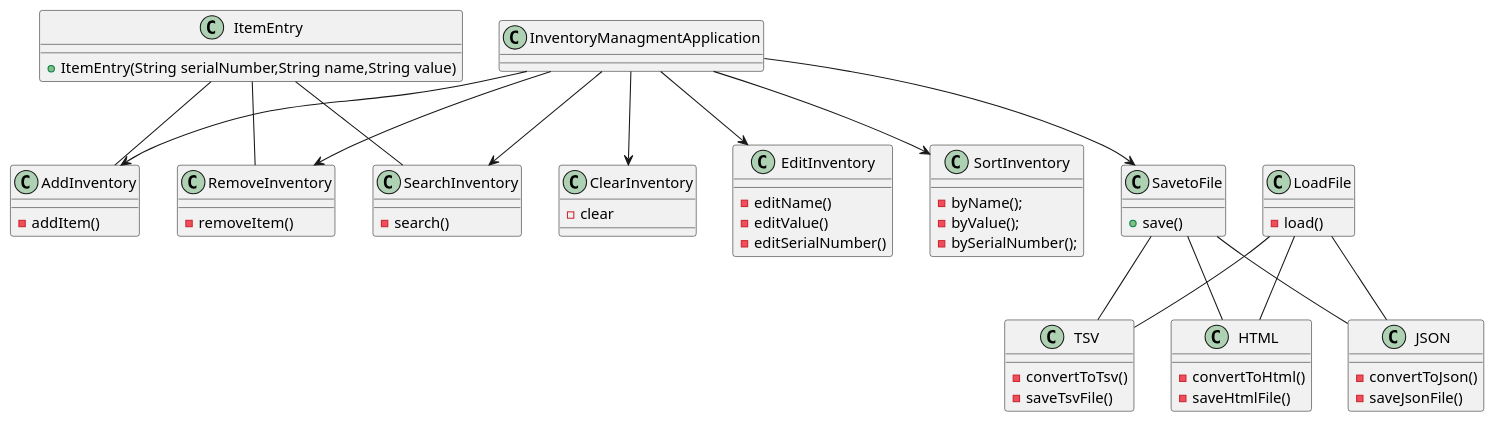
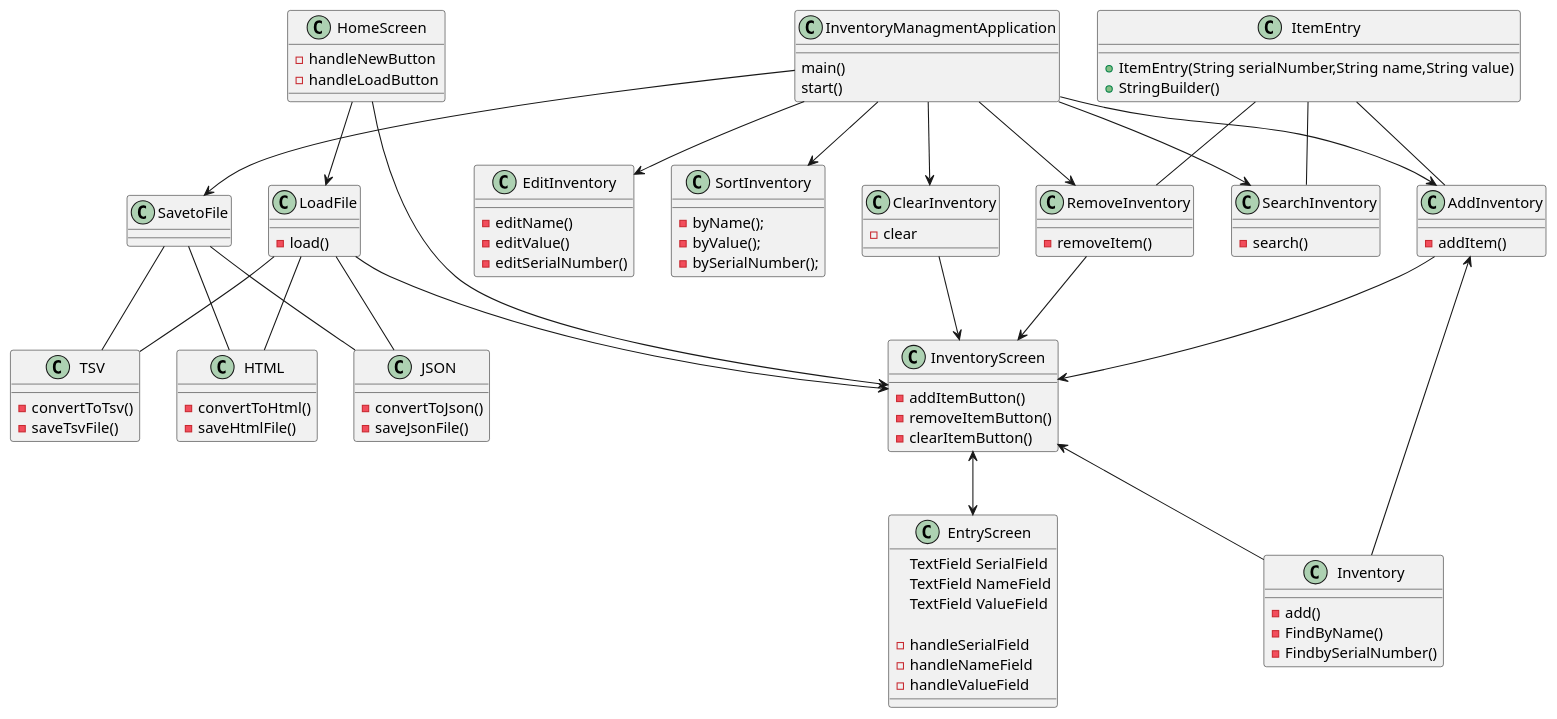
One commit to J-Caques/caques-app2 changed the diagram in InventoryManagementApplication/docs/InventoryManagementApplication.puml. Above: the diagram before and after it, drawn with PlantUML. The commit also changed 28 other files, not shown here.

```diff
--- a/InventoryManagementApplication/docs/InventoryManagementApplication.puml
+++ b/InventoryManagementApplication/docs/InventoryManagementApplication.puml
@@ -1,77 +1,115 @@
 @startuml
 'https://plantuml.com/class-diagram
-class InventoryManagmentApplication{}
+class InventoryManagmentApplication{
+    main()
+    start()
+}
 
 class ItemEntry{
       +ItemEntry(String serialNumber,String name,String value)
+      +StringBuilder()
+}
+
+class Inventory{
+      -add()
+      -FindByName()
+      -FindbySerialNumber()
 }
 
 class AddInventory{
     -addItem()
 }
 
 class RemoveInventory{
-
     -removeItem()
 }
 
 class ClearInventory{
     -clear
 }
 
 class EditInventory{
     -editName()
     -editValue()
     -editSerialNumber()
 }
 
 class SortInventory{
     -byName();
     -byValue();
     -bySerialNumber();
 }
 
 class SearchInventory{
     -search()
 }
 
-class SavetoFile{
-    +save()
-}
-
 class TSV{
     -convertToTsv()
     -saveTsvFile()
 }
 
 class HTML{
     -convertToHtml()
     -saveHtmlFile()
 }
 
 class JSON{
     -convertToJson()
     -saveJsonFile()
 }
 
 class LoadFile{
     -load()
 }
 
+class HomeScreen{
+    -handleNewButton
+    -handleLoadButton
+}
+
+class InventoryScreen{
+ -addItemButton()
+ -removeItemButton()
+ -clearItemButton()
+}
+
+class EntryScreen{
+    TextField SerialField
+    TextField NameField
+    TextField ValueField
+
+    -handleSerialField
+    -handleNameField
+    -handleValueField
+}
+
 InventoryManagmentApplication --> AddInventory
 InventoryManagmentApplication --> RemoveInventory
 InventoryManagmentApplication --> ClearInventory
 InventoryManagmentApplication --> EditInventory
 InventoryManagmentApplication --> SortInventory
 InventoryManagmentApplication --> SearchInventory
 InventoryManagmentApplication --> SavetoFile
+Inventory --> AddInventory
 SavetoFile -- TSV
 SavetoFile -- HTML
 SavetoFile -- JSON
 LoadFile -- TSV
 LoadFile -- HTML
 LoadFile -- JSON
 ItemEntry -- AddInventory
 ItemEntry -- RemoveInventory
 ItemEntry -- SearchInventory
+
+HomeScreen -->LoadFile
+HomeScreen --> InventoryScreen
+LoadFile --> InventoryScreen
+InventoryScreen <-- Inventory
+InventoryScreen <--> EntryScreen
+AddInventory --> InventoryScreen
+RemoveInventory --> InventoryScreen
+ClearInventory --> InventoryScreen
+
+
 @enduml
```
